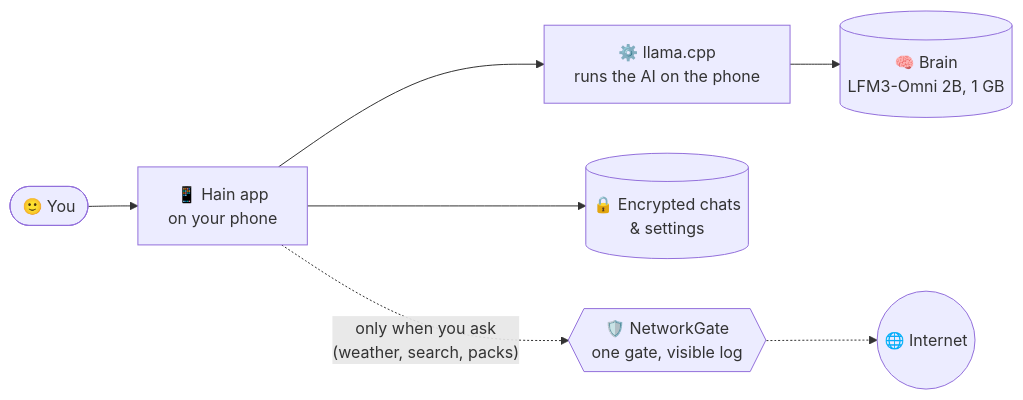
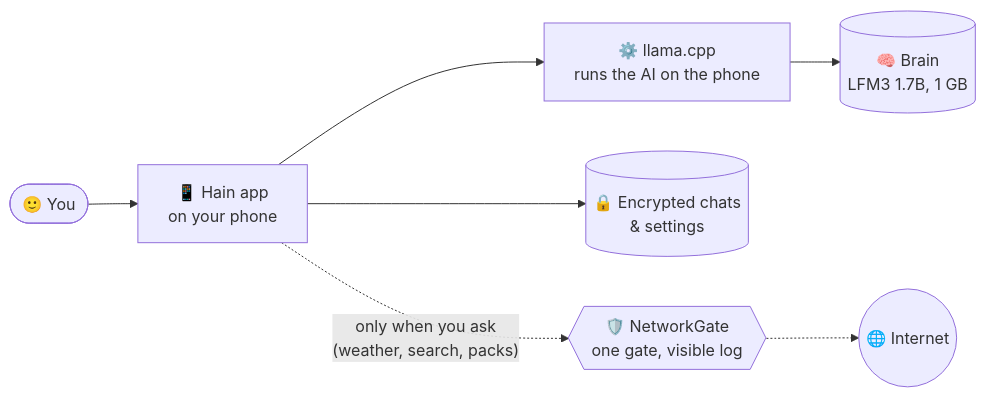
Before and after one commit to oskar26/hain: the diagram in README.md, drawn with Mermaid. The commit also changed other lines of this file and 6 other files, not shown here.

Commit message:
T-276: docs for 0.1.10.8 – README (brain table, new in 0.1.10.8, models), website EN + /de brain section and licences (LFM3 1.7B standard with thinking, Omni optional), MODELS, LICENSES, STATUS, TASKS, HANDOFF_LOG

````diff
--- a/README.md
+++ b/README.md
@@ -248,9 +253,9 @@
 ```mermaid
 flowchart LR
     You([🙂 You]) --> App["📱 Hain app<br/>on your phone"]
     App --> LLM["⚙️ llama.cpp<br/>runs the AI on the phone"]
-    LLM --> Brain[("🧠 Brain<br/>LFM3-Omni 2B, 1 GB")]
+    LLM --> Brain[("🧠 Brain<br/>LFM3 1.7B, 1 GB")]
     App --> DB[("🔒 Encrypted chats<br/>& settings")]
     App -. "only when you ask<br/>(weather, search, packs)" .-> Gate{{"🛡️ NetworkGate<br/>one gate, visible log"}}
     Gate -.-> Web((🌐 Internet))
 ```
````
